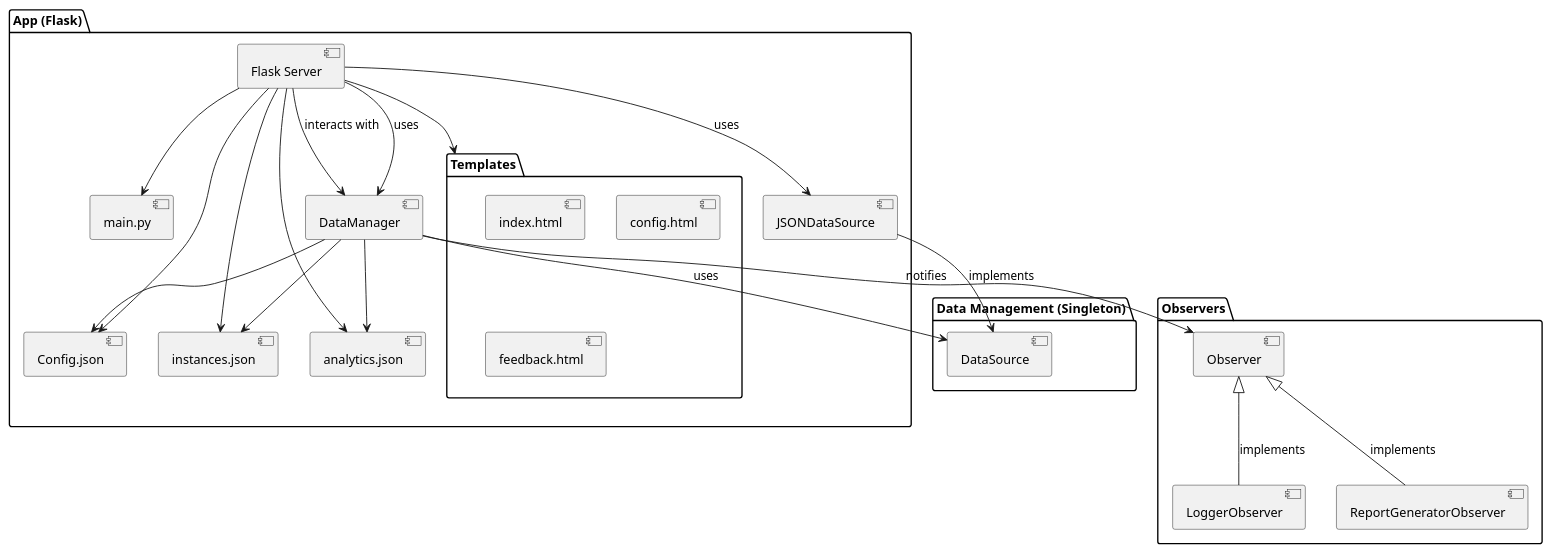
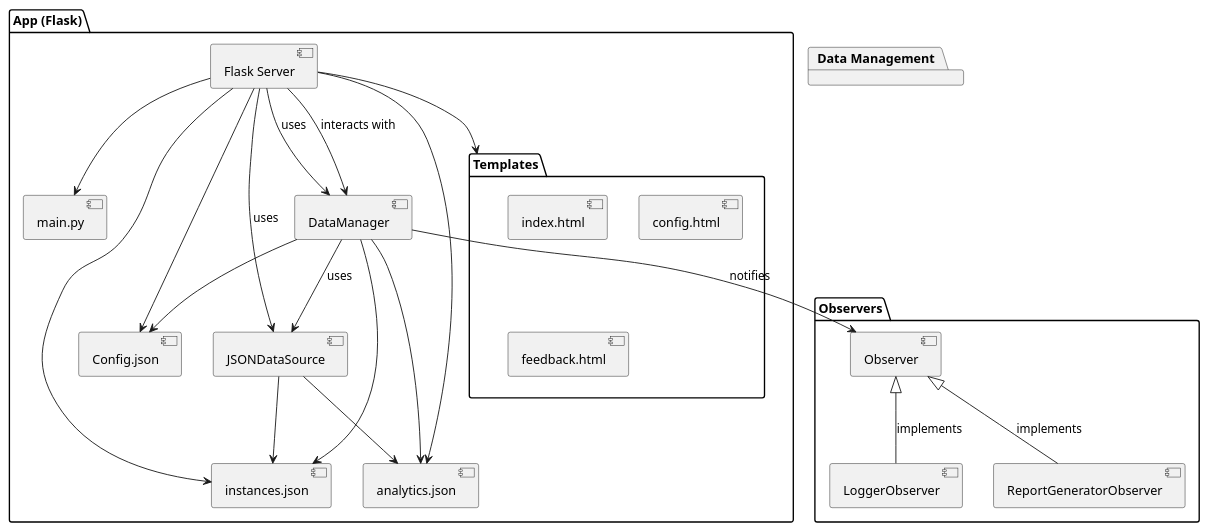
Before and after one commit to RogerioProgramming/WorkplaceSafety: the diagram in Diagrams/componentDiagram.puml, drawn with PlantUML. The commit also changed 6 other files, not shown here.

```diff
--- a/Diagrams/componentDiagram.puml
+++ b/Diagrams/componentDiagram.puml
@@ -1,35 +1,36 @@
 @startuml
 
 package "App (Flask)" {
   [Flask Server] --> [main.py]
   [Flask Server] --> [Templates]
   [Flask Server] --> [Config.json]
   [Flask Server] --> [DataManager] : uses
   [Flask Server] --> [JSONDataSource] : uses
   [Flask Server] --> [instances.json]
   [Flask Server] --> [analytics.json]
 }
 
 package "Templates" {
   [index.html]
   [config.html]
   [feedback.html]
 }
 
-package "Data Management (Singleton)" {
-  [DataManager] --> [DataSource] : uses
+package "Data Management" {
+  [DataManager] --> [JSONDataSource] : uses
   [DataManager] --> [instances.json]
   [DataManager] --> [analytics.json]
   [DataManager] --> [Config.json]
-  [JSONDataSource] --> [DataSource] : implements
+  [JSONDataSource] --> [instances.json]
+  [JSONDataSource] --> [analytics.json]
 }
 
 package "Observers" {
   [Observer] <|-- [LoggerObserver] : implements
   [Observer] <|-- [ReportGeneratorObserver] : implements
   [DataManager] --> [Observer] : notifies
 }
 
 [Flask Server] --> [DataManager] : interacts with
 
 @enduml
```
